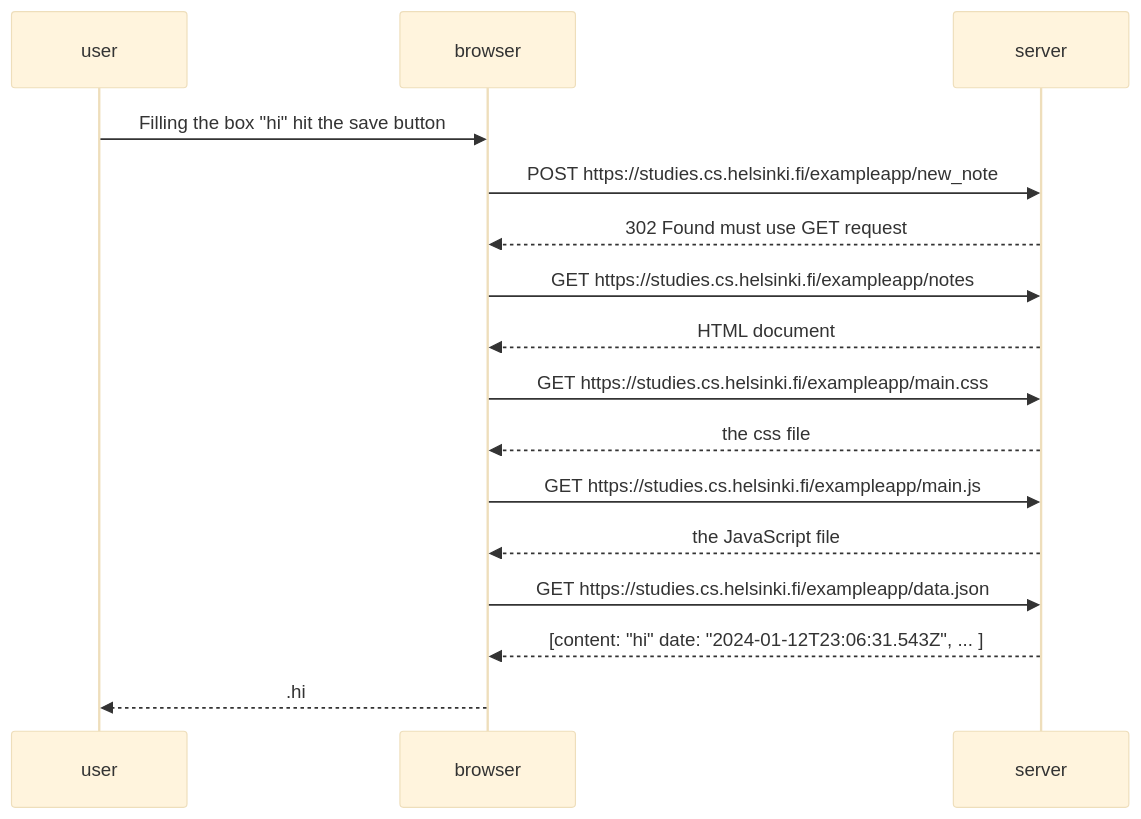
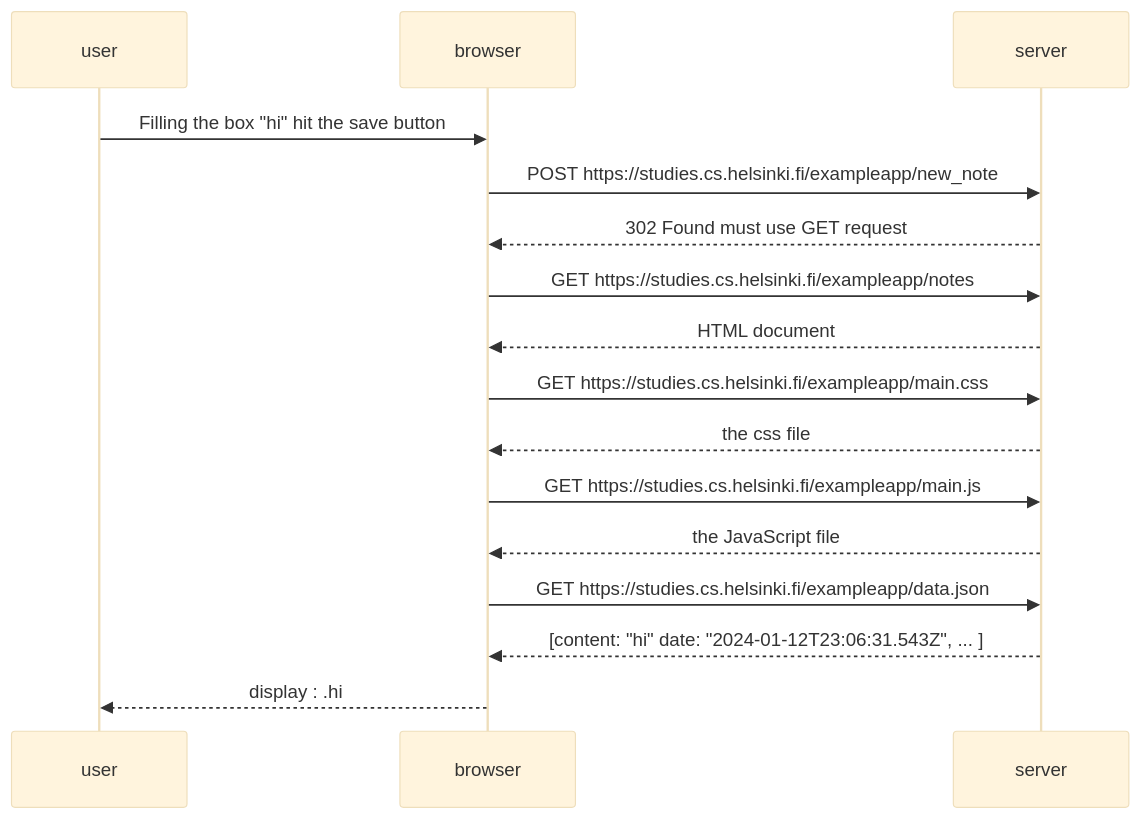
Before and after one commit to CheikhATGaye/FullStack: the diagram in SequenceDiagram.md, drawn with Mermaid (base theme). The commit also changed 1 other file, not shown here.

Commit message:
Single Page App

````diff
--- a/SequenceDiagram.md
+++ b/SequenceDiagram.md
@@ -2,23 +2,23 @@
 ```mermaid
 sequenceDiagram
     participant user
     participant browser
     participant server
 
     user->>browser : Filling the box "hi" hit the save button
     browser->>server: POST https://studies.cs.helsinki.fi/exampleapp/new_note
     server-->>browser: 302 Found must use GET request
 
     browser->>server: GET https://studies.cs.helsinki.fi/exampleapp/notes
     server-->>browser: HTML document
 
     browser->>server: GET https://studies.cs.helsinki.fi/exampleapp/main.css
     server-->>browser: the css file
 
     browser->>server: GET https://studies.cs.helsinki.fi/exampleapp/main.js
     server-->>browser: the JavaScript file
 
     browser->>server: GET https://studies.cs.helsinki.fi/exampleapp/data.json
     server-->>browser: [content: "hi" date: "2024-01-12T23:06:31.543Z", ... ]
-    browser-->>user: .hi
+    browser-->>user: display : .hi
 ```
````
